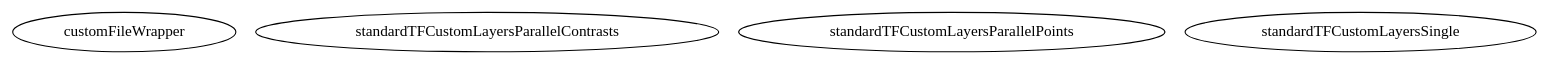
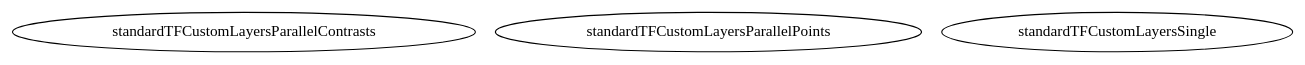
The diagram in master/api_reference/targetFunctions/standardTF/customLayers/graph.dot (RascalSoftware/RAT), drawn with Graphviz before and after one commit. The commit also changed 213 other files, not shown here.

```diff
--- a/master/api_reference/targetFunctions/standardTF/customLayers/graph.dot
+++ b/master/api_reference/targetFunctions/standardTF/customLayers/graph.dot
@@ -1,8 +1,7 @@
 /* Created by mdot for Matlab */
 digraph m2html {
 
-  customFileWrapper [URL="customFileWrapper.html"];
   standardTFCustomLayersParallelContrasts [URL="standardTFCustomLayersParallelContrasts.html"];
   standardTFCustomLayersParallelPoints [URL="standardTFCustomLayersParallelPoints.html"];
   standardTFCustomLayersSingle [URL="standardTFCustomLayersSingle.html"];
 }
```
